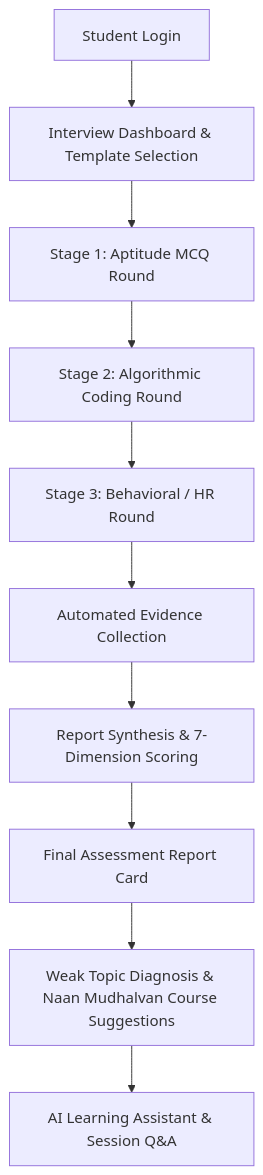
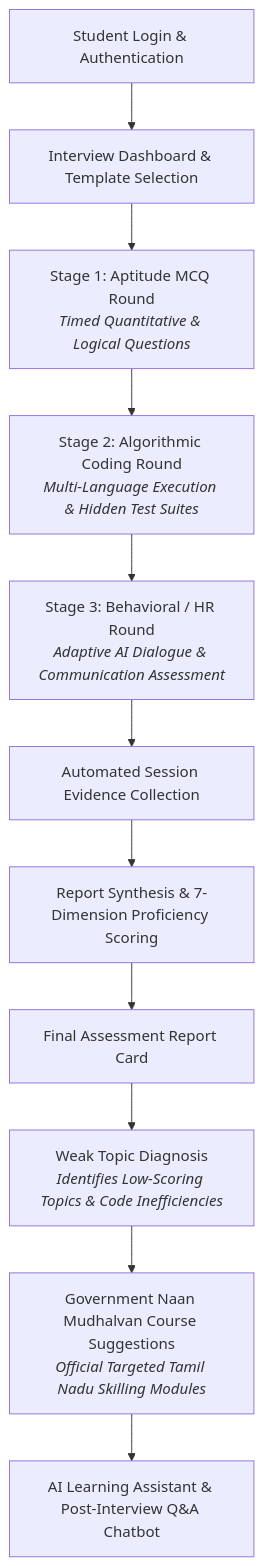
One commit to Praveen10123e/Mock-Interview-Platform changed the diagram in README.md. Above: the diagram before and after it, drawn with Mermaid. The commit also changed other lines of this file, not shown here.

Commit message:
docs: enrich architecture diagram and mermaid flowchart with Naan Mudhalvan course engine

````diff
--- a/README.md
+++ b/README.md
@@ -105,12 +105,13 @@
 ```mermaid
 graph TD
-    A[Student Login] --> B[Interview Dashboard & Template Selection]
-    B --> C[Stage 1: Aptitude MCQ Round]
-    C --> D[Stage 2: Algorithmic Coding Round]
-    D --> E[Stage 3: Behavioral / HR Round]
-    E --> F[Automated Evidence Collection]
-    F --> G[Report Synthesis & 7-Dimension Scoring]
+    A[Student Login & Authentication] --> B[Interview Dashboard & Template Selection]
+    B --> C[Stage 1: Aptitude MCQ Round<br/><i>Timed Quantitative & Logical Questions</i>]
+    C --> D[Stage 2: Algorithmic Coding Round<br/><i>Multi-Language Execution & Hidden Test Suites</i>]
+    D --> E[Stage 3: Behavioral / HR Round<br/><i>Adaptive AI Dialogue & Communication Assessment</i>]
+    E --> F[Automated Session Evidence Collection]
+    F --> G[Report Synthesis & 7-Dimension Proficiency Scoring]
     G --> H[Final Assessment Report Card]
-    H --> I[Weak Topic Diagnosis & Naan Mudhalvan Course Suggestions]
-    I --> J[AI Learning Assistant & Session Q&A]
+    H --> I[Weak Topic Diagnosis<br/><i>Identifies Low-Scoring Topics & Code Inefficiencies</i>]
+    I --> J[Government Naan Mudhalvan Course Suggestions<br/><i>Official Targeted Tamil Nadu Skilling Modules</i>]
+    J --> K[AI Learning Assistant & Post-Interview Q&A Chatbot]
 ```
````
